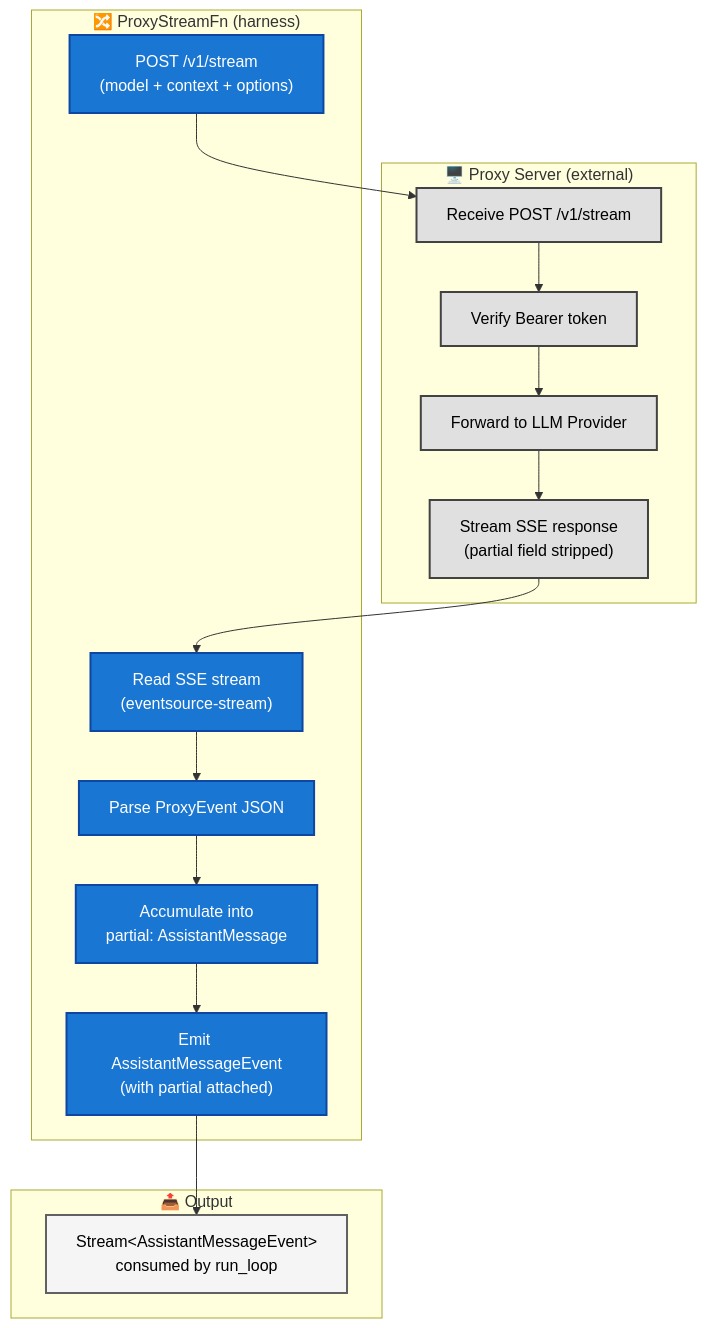
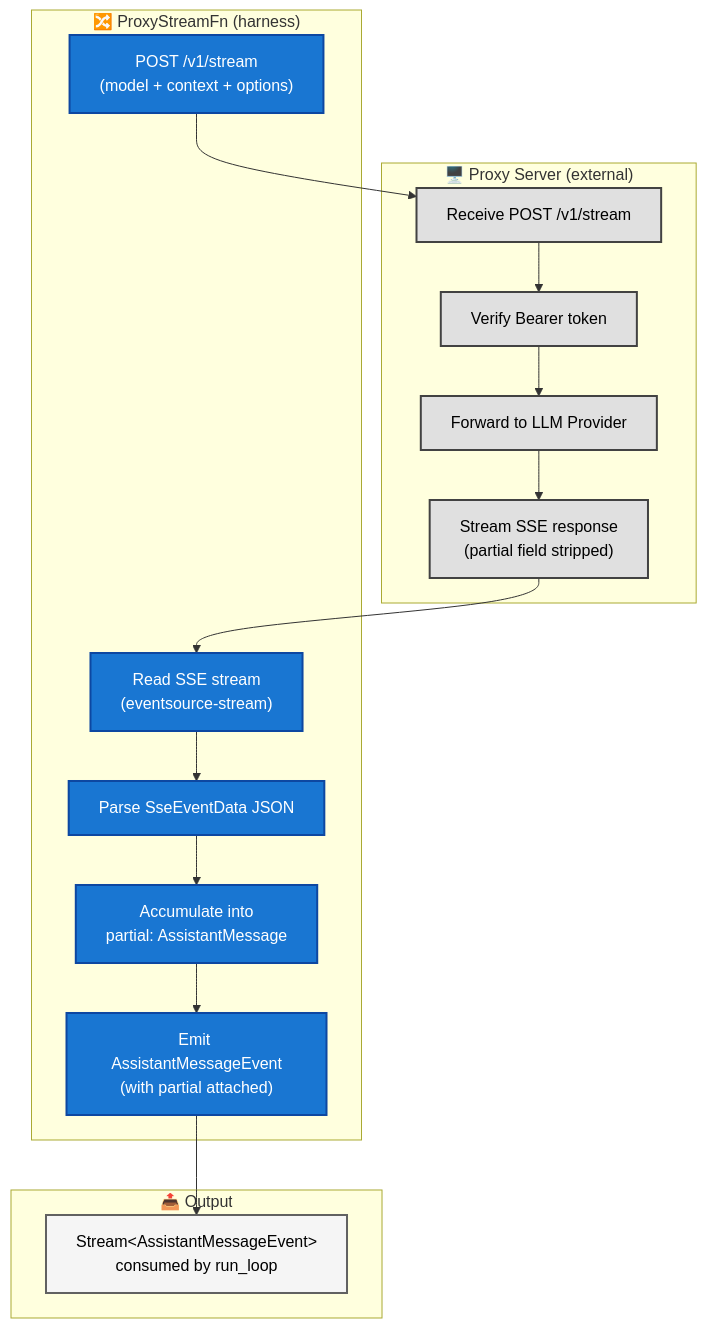
Before and after one commit to SuperSwinkAI/Swink-Agent: the third of 8 diagrams in docs/architecture/streaming/README.md, drawn with Mermaid. The commit also changed other lines of this file and 48 other files, not shown here.

````diff
--- a/docs/architecture/streaming/README.md
+++ b/docs/architecture/streaming/README.md
@@ -201,39 +207,39 @@
 ```mermaid
 flowchart TB
     subgraph ProxyServer["🖥️ Proxy Server (external)"]
         ServerRecv["Receive POST /v1/stream"]
         ServerAuth["Verify Bearer token"]
         ServerForward["Forward to LLM Provider"]
         ServerSSE["Stream SSE response<br/>(partial field stripped)"]
     end
 
     subgraph ProxyClient["🔀 ProxyStreamFn (harness)"]
         HTTPPost["POST /v1/stream<br/>(model + context + options)"]
         SSERead["Read SSE stream<br/>(eventsource-stream)"]
-        ParseEvent["Parse ProxyEvent JSON"]
+        ParseEvent["Parse SseEventData JSON"]
         Accumulate["Accumulate into<br/>partial: AssistantMessage"]
         EmitEvent["Emit AssistantMessageEvent<br/>(with partial attached)"]
     end
 
     subgraph Output["📤 Output"]
         HarnessStream["Stream&lt;AssistantMessageEvent&gt;<br/>consumed by run_loop"]
     end
 
     HTTPPost --> ServerRecv
     ServerRecv --> ServerAuth
     ServerAuth --> ServerForward
     ServerForward --> ServerSSE
     ServerSSE --> SSERead
     SSERead --> ParseEvent
     ParseEvent --> Accumulate
     Accumulate --> EmitEvent
     EmitEvent --> HarnessStream
 
     classDef serverStyle fill:#e0e0e0,stroke:#424242,stroke-width:2px,color:#000
     classDef clientStyle fill:#1976d2,stroke:#0d47a1,stroke-width:2px,color:#fff
     classDef outputStyle fill:#f5f5f5,stroke:#616161,stroke-width:2px,color:#000
 
     class ServerRecv,ServerAuth,ServerForward,ServerSSE serverStyle
     class HTTPPost,SSERead,ParseEvent,Accumulate,EmitEvent clientStyle
     class HarnessStream outputStyle
 ```
````
